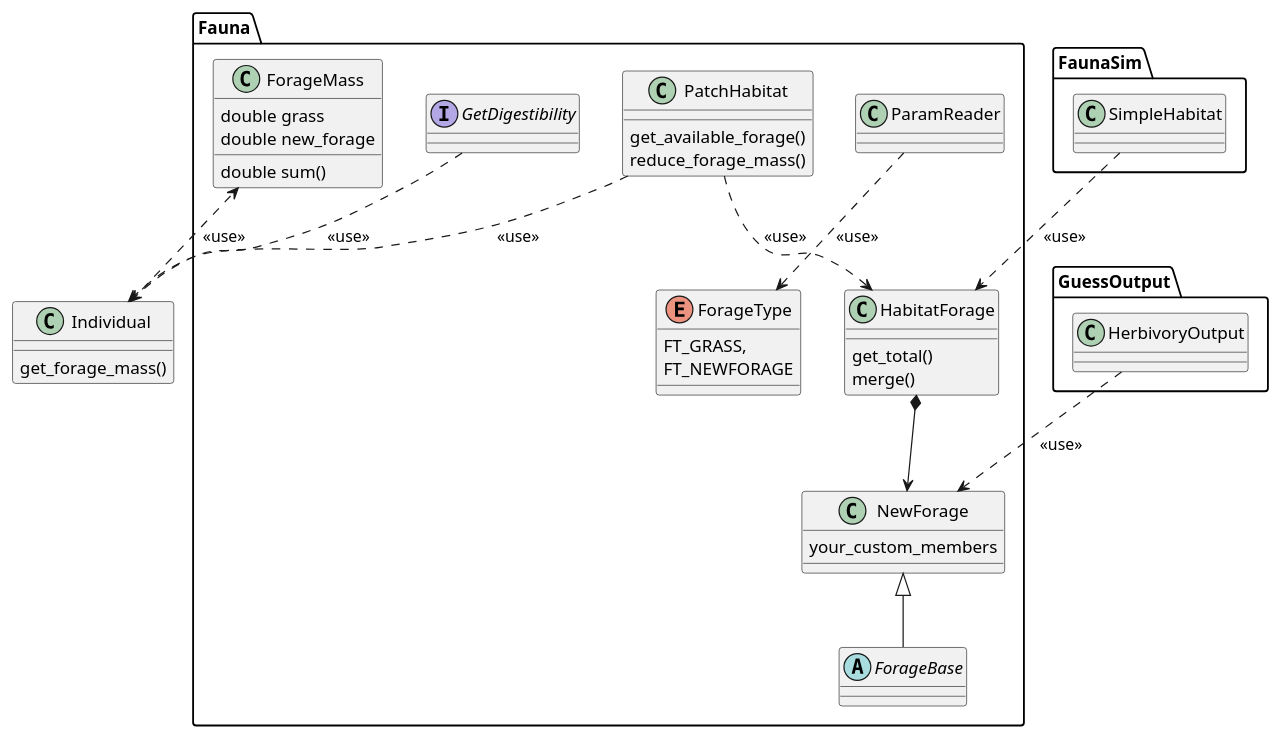
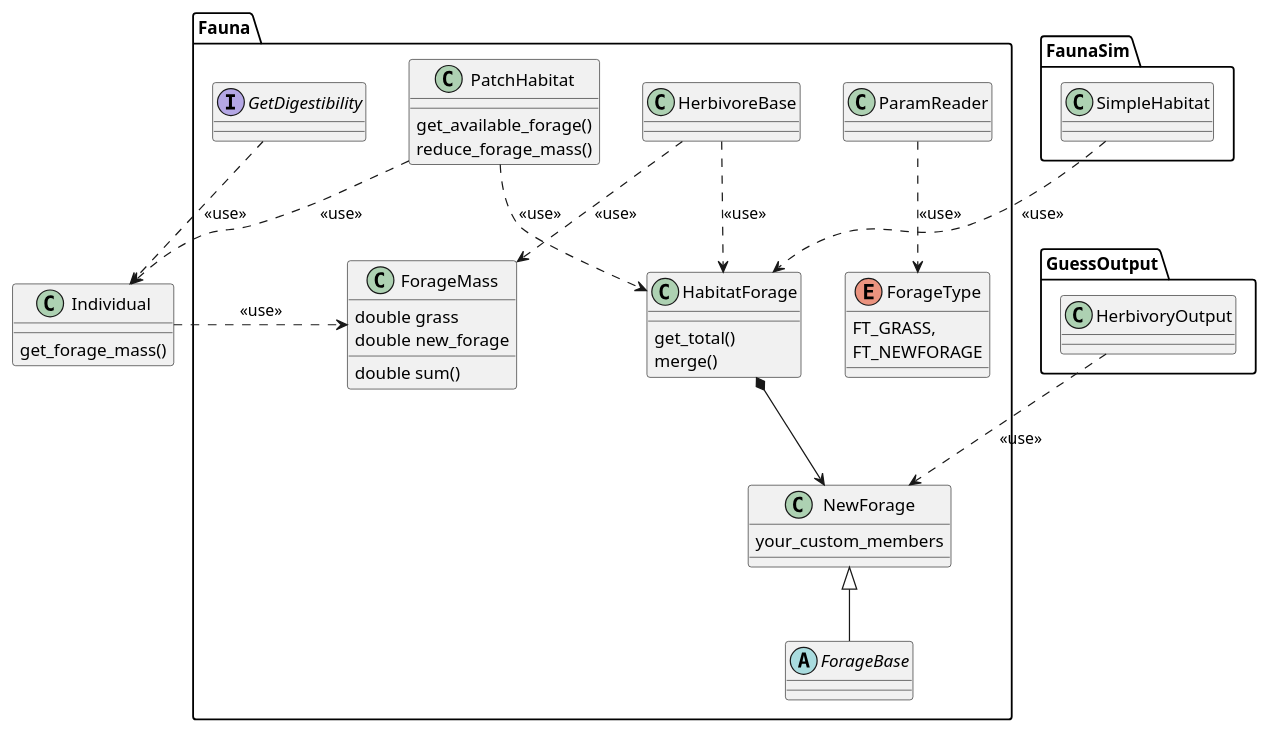
The second of 3 diagrams in doxygen/herbiv_tutor.md (wtraylor/modular_megafauna_model), drawn with PlantUML before and after one commit. The commit also changed other lines of this file and 45 other files, not shown here.

```diff
--- a/doxygen/herbiv_tutor.md
+++ b/doxygen/herbiv_tutor.md
@@ -55,38 +163,40 @@
 @startuml "Relationships for a new forage type"
 namespace Fauna{
 	enum ForageType {
 		FT_GRASS,
 		FT_NEWFORAGE
 	}
-	ParamReader ..> ForageType : <<use>>
+	ParamReader   ..> ForageType : <<use>>
 	class ForageMass{
 		double grass
 		double new_forage
 		double sum()
 	}
+	HerbivoreBase ..> ForageMass : <<use>>
 	abstract ForageBase
 	class NewForage{
 		your_custom_members
 	}
 	NewForage <|-- ForageBase
 	class HabitatForage{
 		get_total()
 		merge()
 	}
 	HabitatForage *--> NewForage
+	HerbivoreBase ..> HabitatForage : <<use>>
 	interface GetDigestibility
 	class PatchHabitat{
 		get_available_forage()
 		reduce_forage_mass()
 	}
 	PatchHabitat ..> HabitatForage : <<use>>
 }
 FaunaSim.SimpleHabitat  ..> Fauna.HabitatForage : <<use>>
 class Individual{
 	get_forage_mass()
 }
 Fauna.PatchHabitat          ..> Individual       : <<use>>
 Fauna.GetDigestibility      ..> Individual       : <<use>>
 Individual                  ..> Fauna.ForageMass : <<use>>
 GuessOutput.HerbivoryOutput ..> Fauna.NewForage  : <<use>>
 @enduml
```
